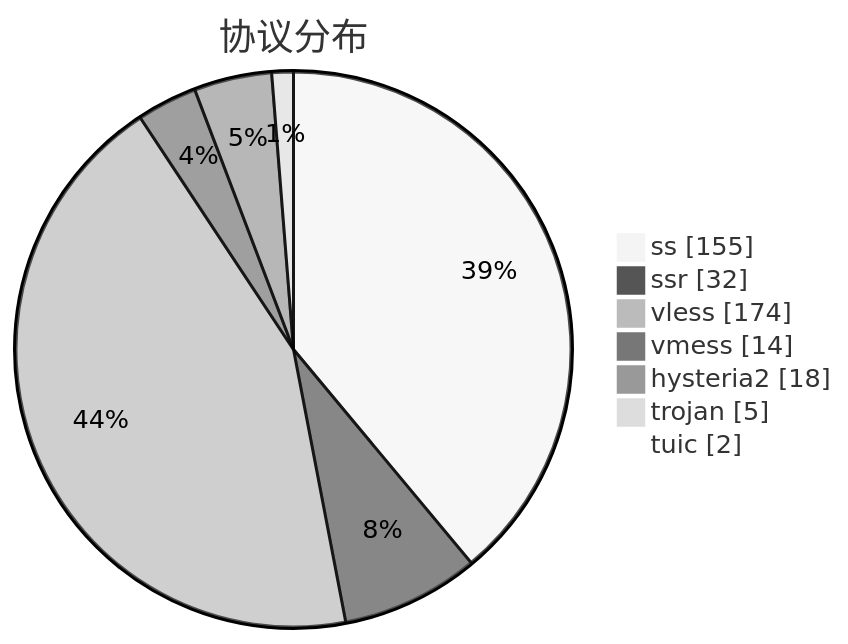
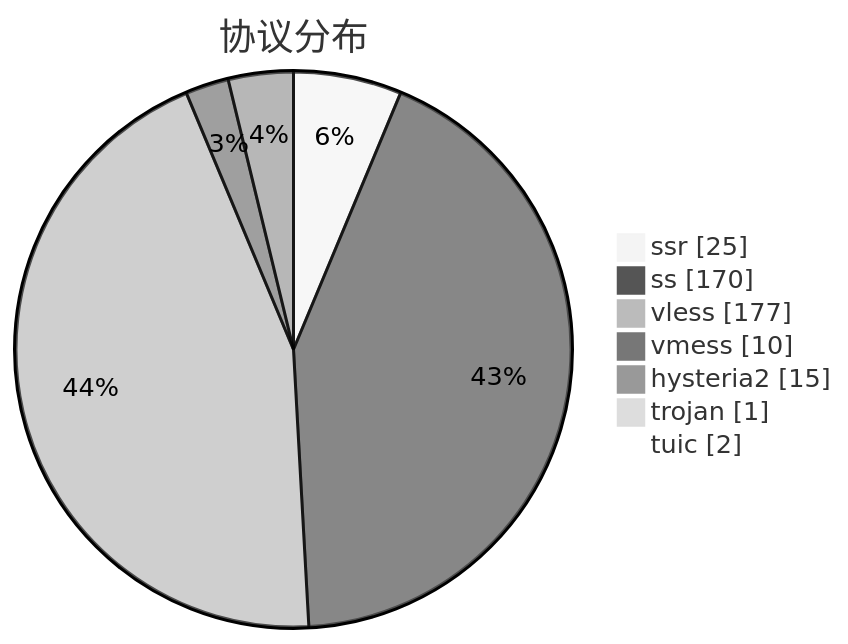
One commit to qjlxg/airport changed the third of 3 diagrams in subs/statistics/tested_within.md. Above: the diagram before and after it, drawn with Mermaid (neutral theme). The commit also changed other lines of this file and 2 other files, not shown here.

````diff
--- a/subs/statistics/tested_within.md
+++ b/subs/statistics/tested_within.md
@@ -32,11 +32,11 @@
 ```mermaid
 pie showData
 title 协议分布
-"ss" : 155
-"ssr" : 32
-"vless" : 174
-"vmess" : 14
-"hysteria2" : 18
-"trojan" : 5
+"ssr" : 25
+"ss" : 170
+"vless" : 177
+"vmess" : 10
+"hysteria2" : 15
+"trojan" : 1
 "tuic" : 2
 ```
````
